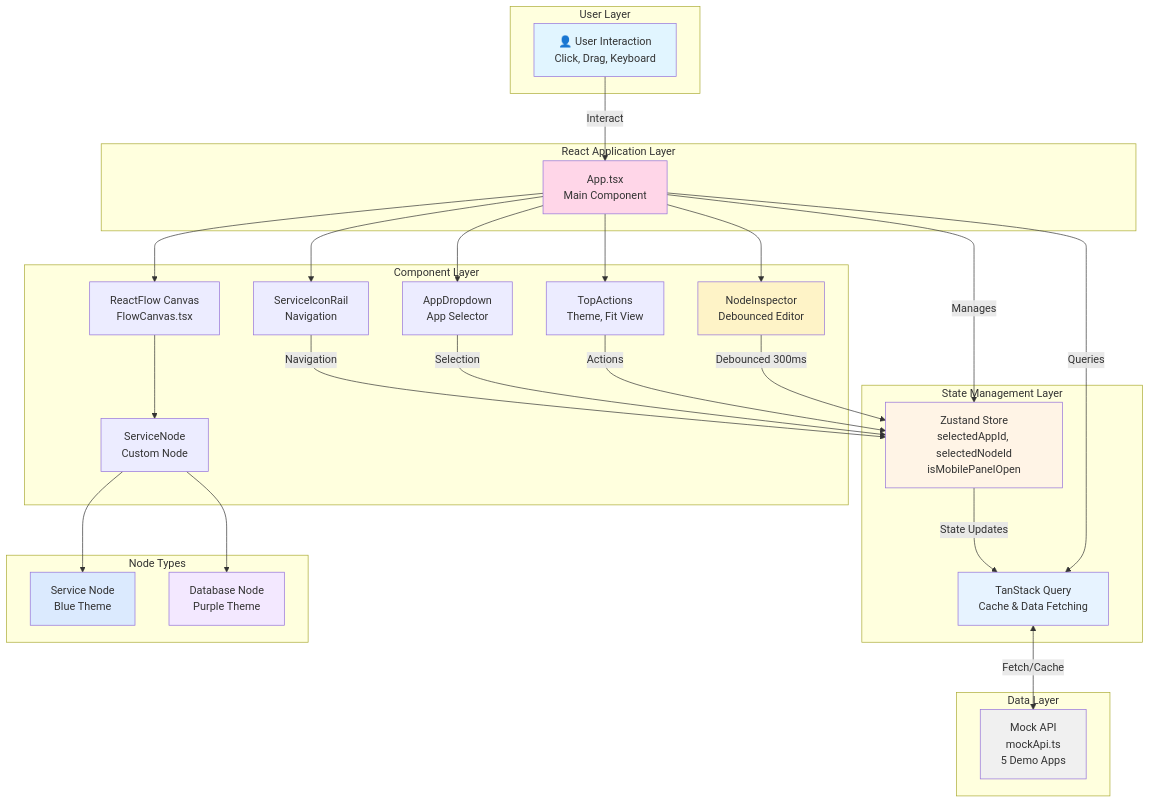
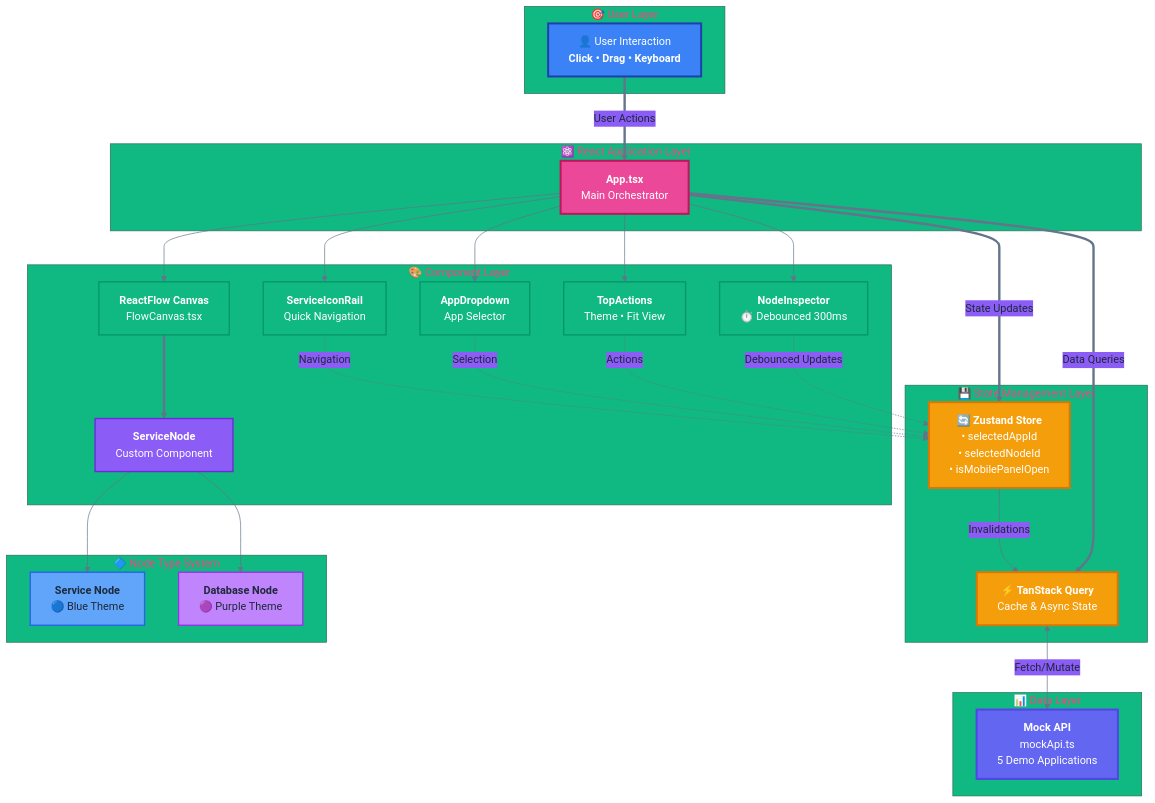
One commit to mukundjha-mj/ReactFlow-Canvas changed the diagram in README.md. Above: the diagram before and after it, drawn with Mermaid.

Commit message:
readme updated

````diff
--- a/README.md
+++ b/README.md
@@ -50,63 +50,73 @@
 ```mermaid
+%%{init: {'theme':'base', 'themeVariables': { 'primaryColor':'#3b82f6','primaryTextColor':'#1e293b','primaryBorderColor':'#2563eb','lineColor':'#64748b','secondaryColor':'#8b5cf6','tertiaryColor':'#10b981','fontSize':'16px','fontFamily':'Arial'}}}%%
 graph TB
-    subgraph "User Layer"
-        User[👤 User Interaction<br/>Click, Drag, Keyboard]
+    subgraph UserLayer["🎯 User Layer"]
+        User["👤 User Interaction<br/><b>Click • Drag • Keyboard</b>"]
     end
 
-    subgraph "React Application Layer"
-        App[App.tsx<br/>Main Component]
+    subgraph ReactLayer["⚛️ React Application Layer"]
+        App["<b>App.tsx</b><br/>Main Orchestrator"]
     end
 
-    subgraph "State Management Layer"
-        Zustand[Zustand Store<br/>selectedAppId, selectedNodeId<br/>isMobilePanelOpen]
-        Query[TanStack Query<br/>Cache & Data Fetching]
+    subgraph StateLayer["💾 State Management Layer"]
+        Zustand["<b>🔄 Zustand Store</b><br/>• selectedAppId<br/>• selectedNodeId<br/>• isMobilePanelOpen"]
+        Query["<b>⚡ TanStack Query</b><br/>Cache & Async State"]
     end
 
-    subgraph "Component Layer"
-        TopBar[TopActions<br/>Theme, Fit View]
-        Dropdown[AppDropdown<br/>App Selector]
-        Canvas[ReactFlow Canvas<br/>FlowCanvas.tsx]
-        ServiceNode[ServiceNode<br/>Custom Node]
-        IconRail[ServiceIconRail<br/>Navigation]
-        Inspector[NodeInspector<br/>Debounced Editor]
+    subgraph ComponentLayer["🎨 Component Layer"]
+        TopBar["<b>TopActions</b><br/>Theme • Fit View"]
+        Dropdown["<b>AppDropdown</b><br/>App Selector"]
+        Canvas["<b>ReactFlow Canvas</b><br/>FlowCanvas.tsx"]
+        ServiceNode["<b>ServiceNode</b><br/>Custom Component"]
+        IconRail["<b>ServiceIconRail</b><br/>Quick Navigation"]
+        Inspector["<b>NodeInspector</b><br/>⏱️ Debounced 300ms"]
     end
 
-    subgraph "Node Types"
-        ServiceType[Service Node<br/>Blue Theme]
-        DatabaseType[Database Node<br/>Purple Theme]
+    subgraph NodeTypes["🔷 Node Type System"]
+        ServiceType["<b>Service Node</b><br/>🔵 Blue Theme"]
+        DatabaseType["<b>Database Node</b><br/>🟣 Purple Theme"]
     end
 
-    subgraph "Data Layer"
-        MockAPI[Mock API<br/>mockApi.ts<br/>5 Demo Apps]
+    subgraph DataLayer["📊 Data Layer"]
+        MockAPI["<b>Mock API</b><br/>mockApi.ts<br/>5 Demo Applications"]
     end
 
-    User -->|Interact| App
-    App -->|Manages| Zustand
-    App -->|Queries| Query
-    Query <-->|Fetch/Cache| MockAPI
-    Zustand -->|State Updates| Query
+    User ==>|"User Actions"| App
+    App ==>|"State Updates"| Zustand
+    App ==>|"Data Queries"| Query
+    Query <-->|"Fetch/Mutate"| MockAPI
+    Zustand -->|"Invalidations"| Query
     
     App --> TopBar
     App --> Dropdown
     App --> Canvas
     App --> IconRail
     App --> Inspector
     
-    Canvas --> ServiceNode
+    Canvas ==> ServiceNode
     ServiceNode --> ServiceType
     ServiceNode --> DatabaseType
     
-    Inspector -->|Debounced 300ms| Zustand
-    TopBar -->|Actions| Zustand
-    Dropdown -->|Selection| Zustand
-    IconRail -->|Navigation| Zustand
+    Inspector -.->|"Debounced Updates"| Zustand
+    TopBar -.->|"Actions"| Zustand
+    Dropdown -.->|"Selection"| Zustand
+    IconRail -.->|"Navigation"| Zustand
 
-    style User fill:#e1f5ff
-    style App fill:#ffd6e8
-    style Zustand fill:#fff4e6
-    style Query fill:#e7f3ff
-    style MockAPI fill:#f0f0f0
-    style ServiceType fill:#dbeafe
-    style DatabaseType fill:#f3e8ff
-    style Inspector fill:#fef3c7
+    classDef userStyle fill:#3b82f6,stroke:#1e40af,stroke-width:3px,color:#fff
+    classDef appStyle fill:#ec4899,stroke:#be185d,stroke-width:3px,color:#fff
+    classDef stateStyle fill:#f59e0b,stroke:#d97706,stroke-width:3px,color:#fff
+    classDef componentStyle fill:#10b981,stroke:#059669,stroke-width:2px,color:#fff
+    classDef nodeStyle fill:#8b5cf6,stroke:#6d28d9,stroke-width:2px,color:#fff
+    classDef dataStyle fill:#6366f1,stroke:#4f46e5,stroke-width:3px,color:#fff
+    classDef serviceNodeStyle fill:#60a5fa,stroke:#2563eb,stroke-width:2px,color:#1e293b
+    classDef dbNodeStyle fill:#c084fc,stroke:#9333ea,stroke-width:2px,color:#1e293b
+
+    class User userStyle
+    class App appStyle
+    class Zustand,Query stateStyle
+    class TopBar,Dropdown,Canvas,IconRail,Inspector componentStyle
+    class ServiceNode nodeStyle
+    class MockAPI dataStyle
+    class ServiceType serviceNodeStyle
+    class DatabaseType dbNodeStyle
 ```
````
